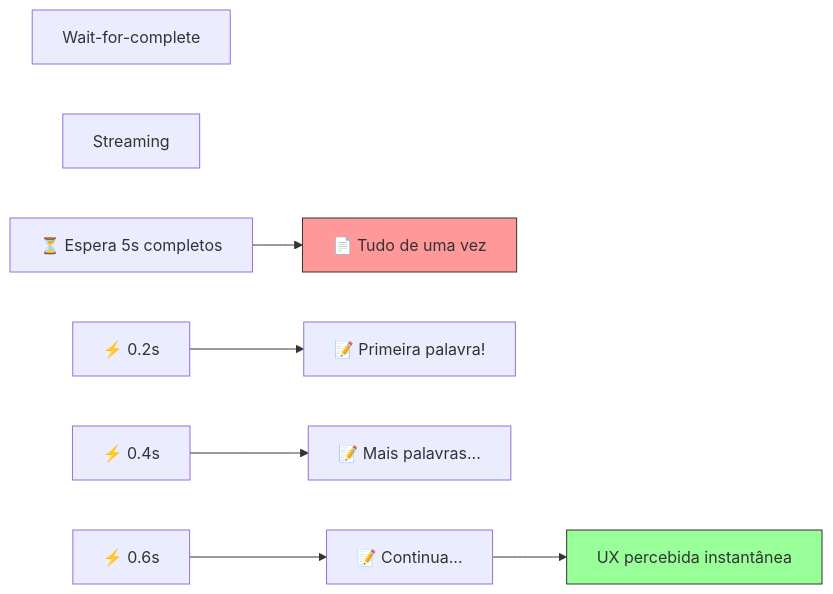
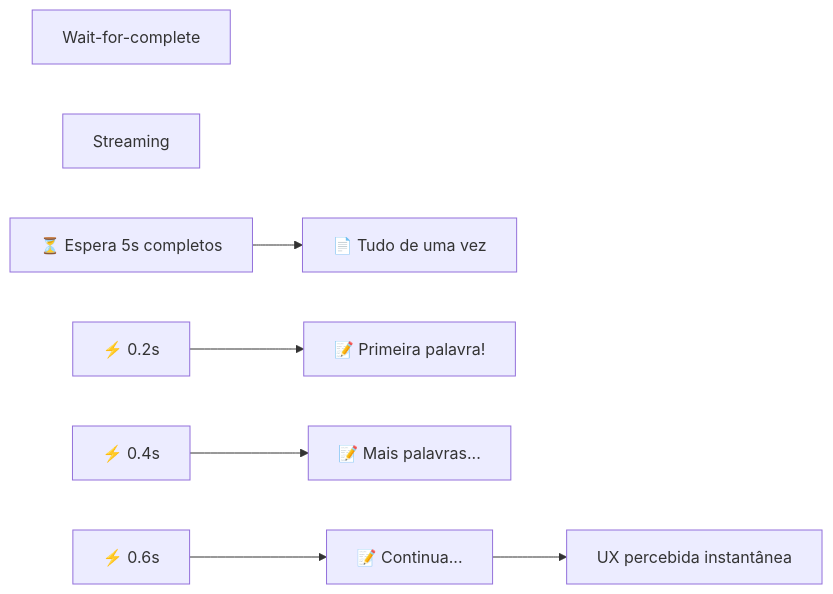
One commit to danilogmoura/applied-ai-agents changed the diagram in modules/p8_streaming/MATERIAL.md. Above: the diagram before and after it, drawn with Mermaid. The commit also changed other lines of this file and 15 other files, not shown here.

````diff
--- a/modules/p8_streaming/MATERIAL.md
+++ b/modules/p8_streaming/MATERIAL.md
@@ -88,14 +123,11 @@
 ```mermaid
 flowchart LR
     subgNoStream["Wait-for-complete"]
     subgStream["Streaming"]
     
     NoStream["⏳ Espera 5s completos"] --> UX1["📄 Tudo de uma vez"]
     Stream0["⚡ 0.2s"] --> Word1["📝 Primeira palavra!"]
     Stream1["⚡ 0.4s"] --> Word2["📝 Mais palavras..."]
     Stream2["⚡ 0.6s"] --> Word3["📝 Continua..."]
     Word3 --> UX2["UX percebida instantânea"]
-    
-    style UX1 fill:#f99,stroke:#333
-    style UX2 fill:#9f9,stroke:#333
 ```
````
